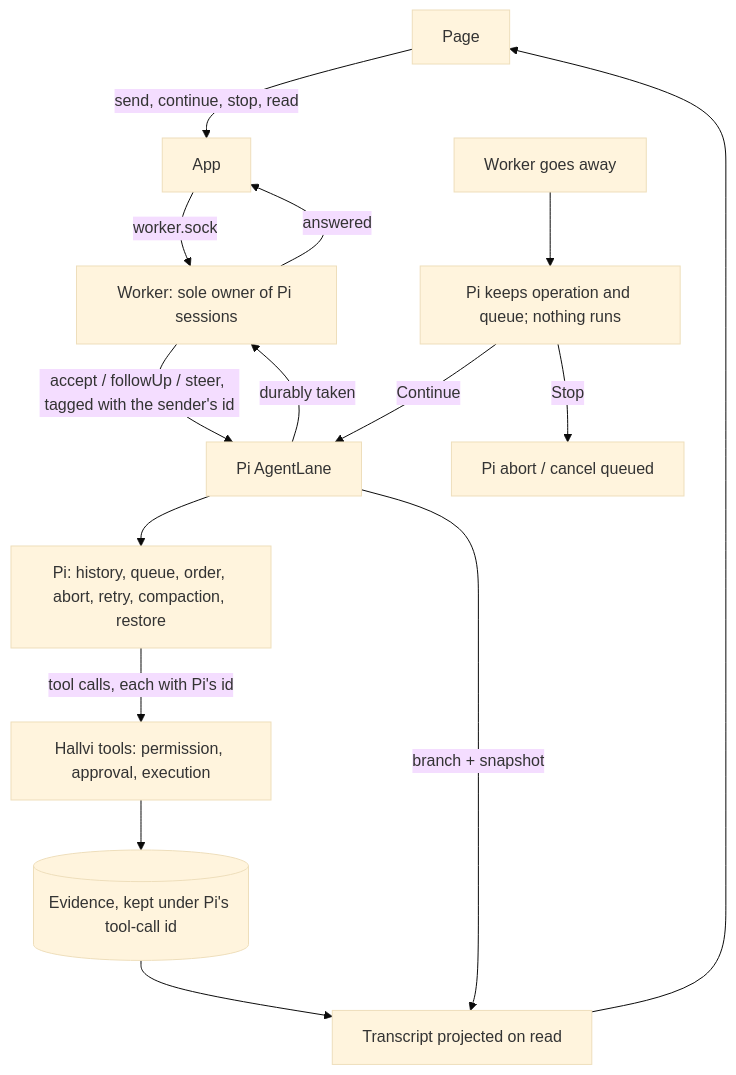
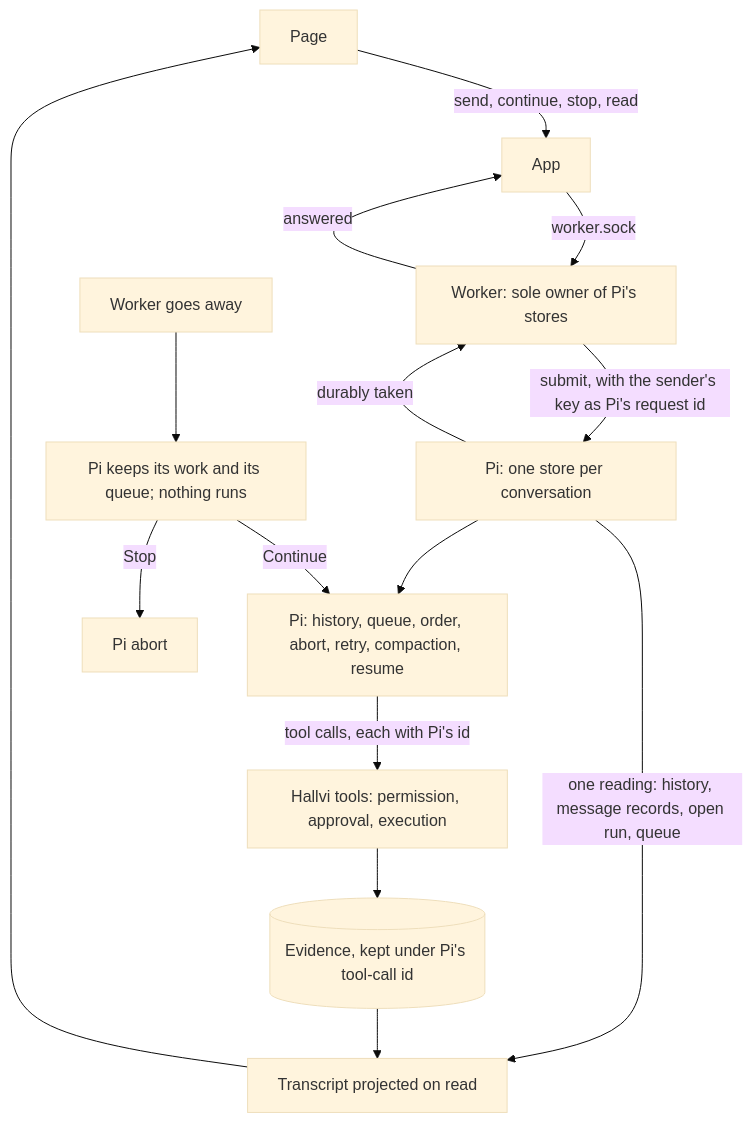
The diagram in docs/operator-design.md (lustoykov/hallvi), drawn with Mermaid (base theme) before and after one commit. The commit also changed other lines of this file and 11 other files, not shown here.

````diff
--- a/docs/operator-design.md
+++ b/docs/operator-design.md
@@ -169,15 +175,15 @@
 ```mermaid
 flowchart TD
   Page[Page] -->|send, continue, stop, read| App[App]
-  App -->|worker.sock| Worker[Worker: sole owner of Pi sessions]
-  Worker -->|accept / followUp / steer, tagged with the sender's id| Lane[Pi AgentLane]
-  Lane -->|durably taken| Worker -->|answered| App
-  Lane --> Pi[Pi: history, queue, order, abort, retry, compaction, restore]
-  Pi -->|tool calls, each with Pi's id| Tools[Hallvi tools: permission, approval, execution]
+  App -->|worker.sock| Worker[Worker: sole owner of Pi's stores]
+  Worker -->|submit, with the sender's key as Pi's request id| Pi[Pi: one store per conversation]
+  Pi -->|durably taken| Worker -->|answered| App
+  Pi --> Runs[Pi: history, queue, order, abort, retry, compaction, resume]
+  Runs -->|tool calls, each with Pi's id| Tools[Hallvi tools: permission, approval, execution]
   Tools --> Evidence[(Evidence, kept under Pi's tool-call id)]
-  Lane -->|branch + snapshot| Projection[Transcript projected on read]
+  Pi -->|one reading: history, message records, open run, queue| Projection[Transcript projected on read]
   Evidence --> Projection --> Page
-  Gone[Worker goes away] --> Held[Pi keeps operation and queue; nothing runs]
-  Held -->|Continue| Lane
-  Held -->|Stop| Abort[Pi abort / cancel queued]
+  Gone[Worker goes away] --> Held[Pi keeps its work and its queue; nothing runs]
+  Held -->|Continue| Runs
+  Held -->|Stop| Abort[Pi abort]
 ```
````
